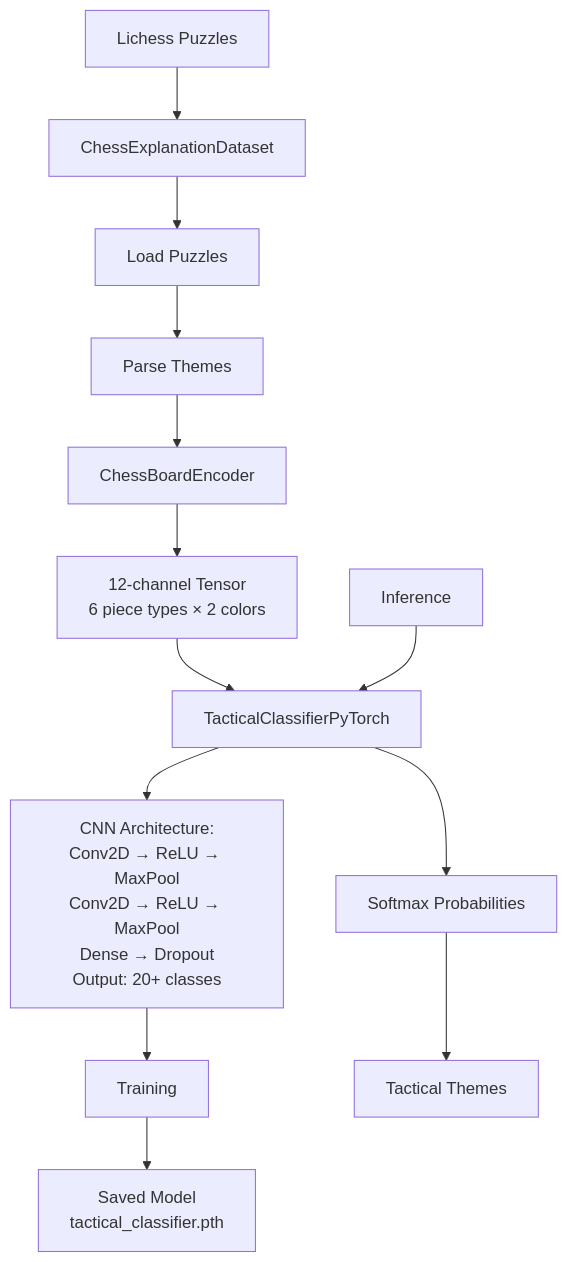
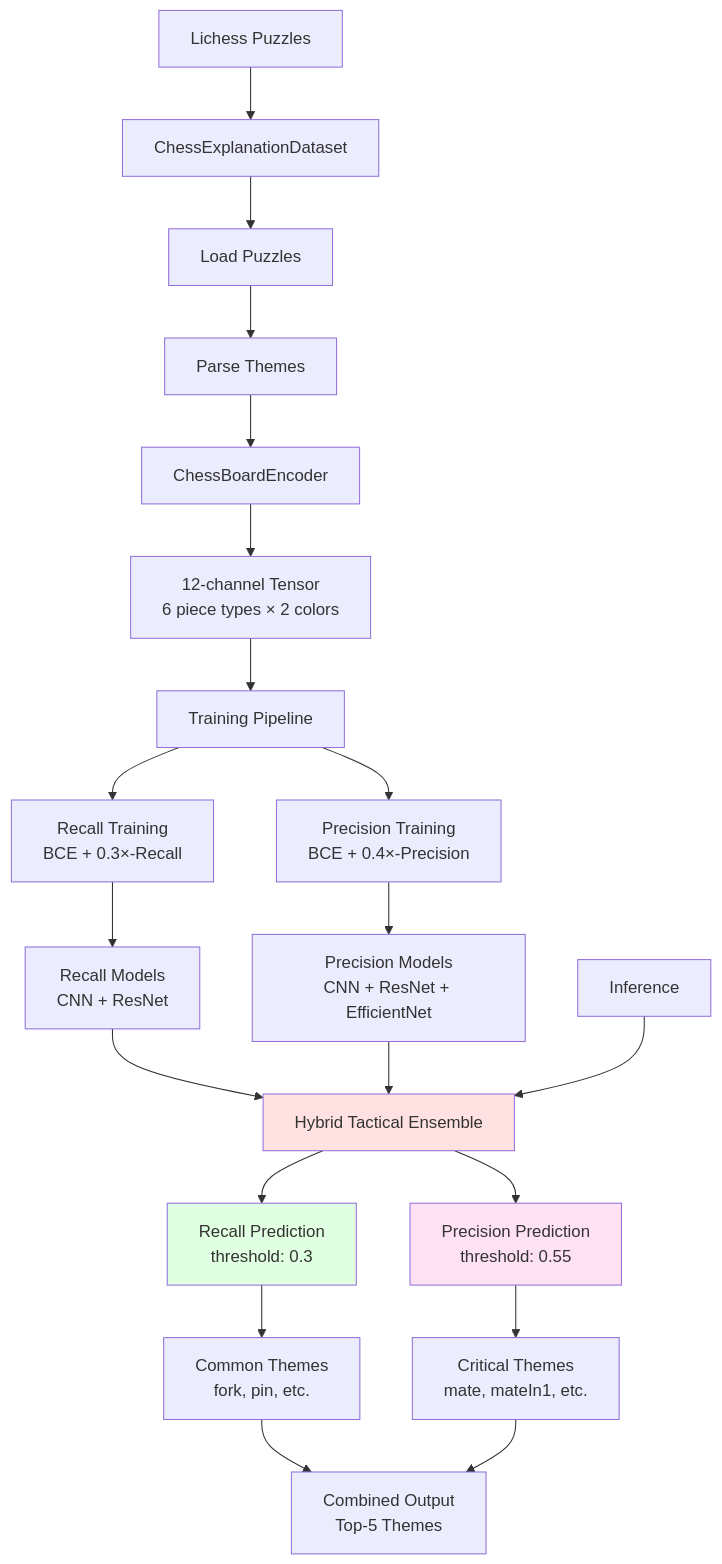
Before and after one commit to NSM1997/chessAI: the eighth of 16 diagrams in docs/THESIS_REPORT_FINAL.md, drawn with Mermaid. The commit also changed other lines of this file and 12 other files, not shown here.

````diff
--- a/docs/THESIS_REPORT_FINAL.md
+++ b/docs/THESIS_REPORT_FINAL.md
@@ -520,19 +529,33 @@
 ```mermaid
 graph TB
     A[Lichess Puzzles] --> B[ChessExplanationDataset]
     B --> C[Load Puzzles]
     C --> D[Parse Themes]
     
     D --> E[ChessBoardEncoder]
     E --> F[12-channel Tensor<br/>6 piece types × 2 colors]
     
-    F --> G[TacticalClassifierPyTorch]
-    G --> H[CNN Architecture:<br/>Conv2D → ReLU → MaxPool<br/>Conv2D → ReLU → MaxPool<br/>Dense → Dropout<br/>Output: 20+ classes]
+    F --> G[Training Pipeline]
+    G --> H1[Recall Training<br/>BCE + 0.3×-Recall]
+    G --> H2[Precision Training<br/>BCE + 0.4×-Precision]
     
-    H --> I[Training]
-    I --> J[Saved Model<br/>tactical_classifier.pth]
+    H1 --> I1[Recall Models<br/>CNN + ResNet]
+    H2 --> I2[Precision Models<br/>CNN + ResNet + EfficientNet]
     
-    K[Inference] --> G
-    G --> L[Softmax Probabilities]
-    L --> M[Tactical Themes]
+    I1 --> J[Hybrid Tactical Ensemble]
+    I2 --> J
+    
+    K[Inference] --> J
+    J --> L1[Recall Prediction<br/>threshold: 0.3]
+    J --> L2[Precision Prediction<br/>threshold: 0.55]
+    
+    L1 --> M[Common Themes<br/>fork, pin, etc.]
+    L2 --> N[Critical Themes<br/>mate, mateIn1, etc.]
+    
+    M --> O[Combined Output<br/>Top-5 Themes]
+    N --> O
+    
+    style J fill:#ffe1e1
+    style L1 fill:#e1ffe1
+    style L2 fill:#ffe1f4
 ```
````
